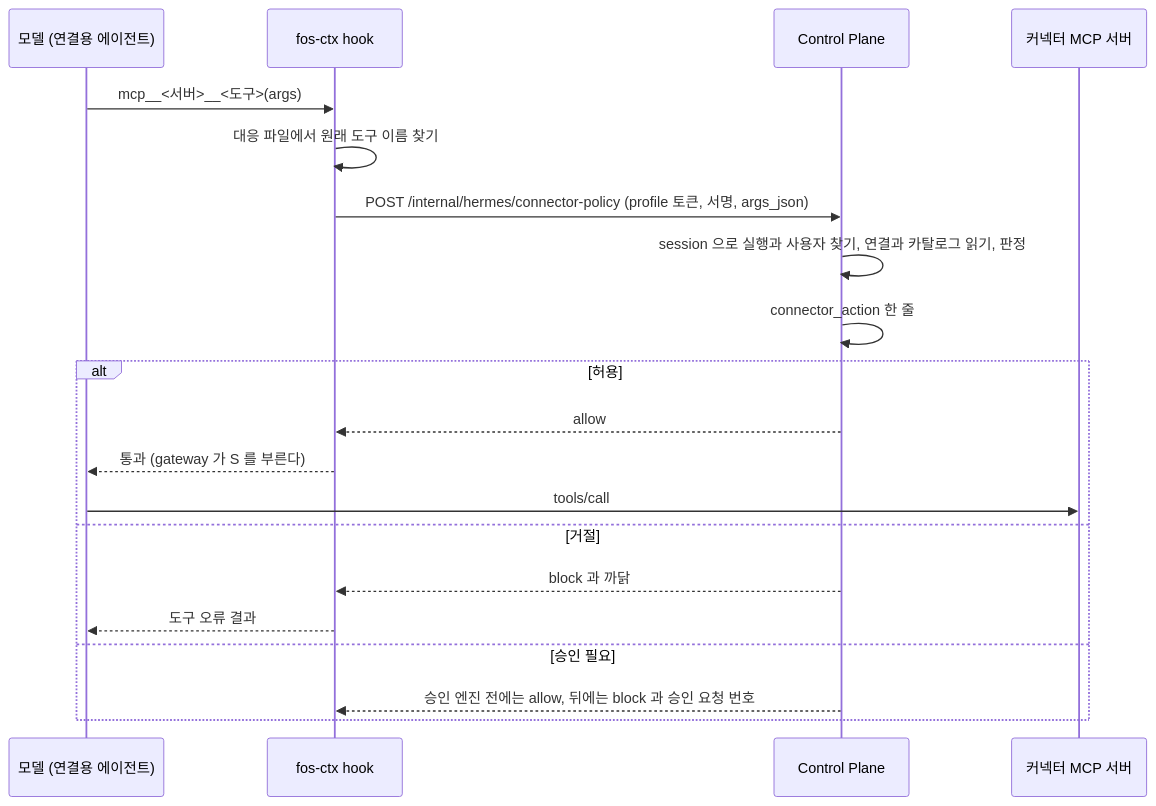
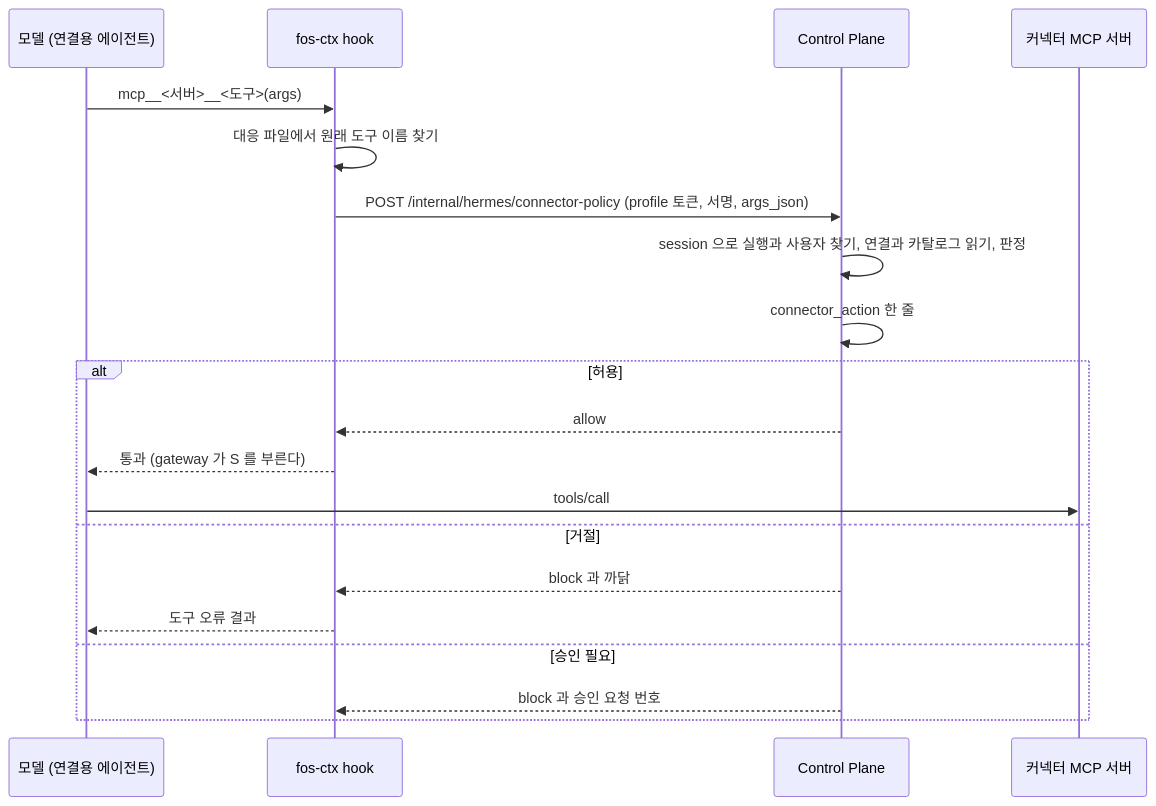
One commit to jon890/fos-assistant changed the second of 30 diagrams in docs/flow.md. Above: the diagram before and after it, drawn with Mermaid. The commit also changed other lines of this file and 35 other files, not shown here.

````diff
--- a/docs/flow.md
+++ b/docs/flow.md
@@ -44,23 +44,23 @@
 ```mermaid
 sequenceDiagram
     participant M as 모델 (연결용 에이전트)
     participant H as fos-ctx hook
     participant C as Control Plane
     participant S as 커넥터 MCP 서버
 
     M->>H: mcp__<서버>__<도구>(args)
     H->>H: 대응 파일에서 원래 도구 이름 찾기
     H->>C: POST /internal/hermes/connector-policy (profile 토큰, 서명, args_json)
     C->>C: session 으로 실행과 사용자 찾기, 연결과 카탈로그 읽기, 판정
     C->>C: connector_action 한 줄
     alt 허용
         C-->>H: allow
         H-->>M: 통과 (gateway 가 S 를 부른다)
         M->>S: tools/call
     else 거절
         C-->>H: block 과 까닭
         H-->>M: 도구 오류 결과
     else 승인 필요
-        C-->>H: 승인 엔진 전에는 allow, 뒤에는 block 과 승인 요청 번호
+        C-->>H: block 과 승인 요청 번호
     end
 ```
````
